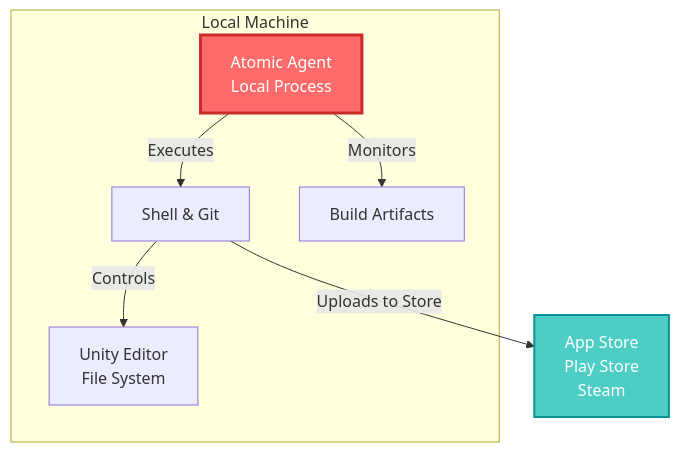
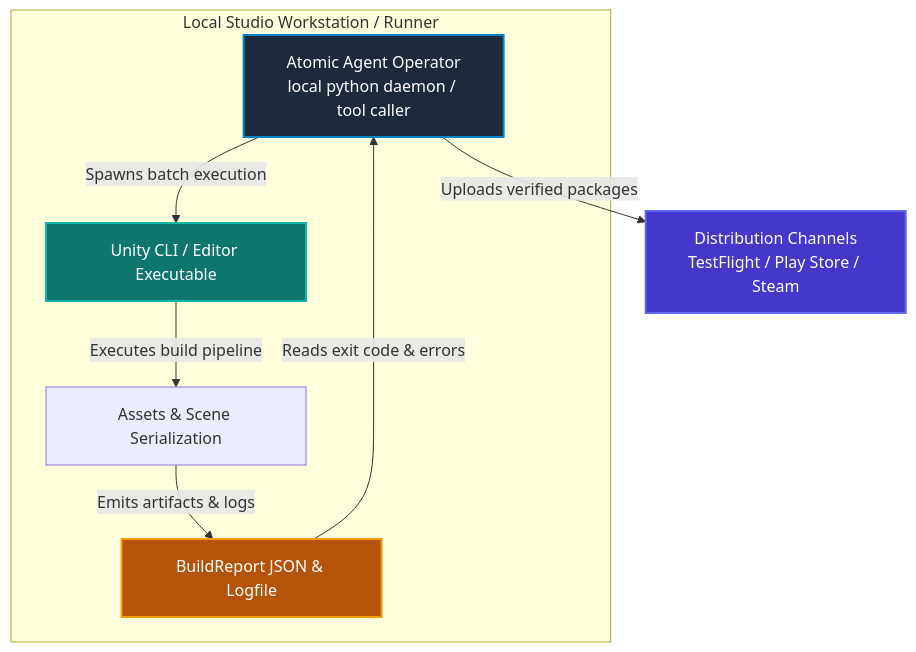
One commit to akillness/akillness.github.io changed the diagram in _posts/2026-08-16-unity-cli-atomic-agent.md. Above: the diagram before and after it, drawn with Mermaid. The commit also changed other lines of this file and 1 other file, not shown here.

Commit message:
archive(dev): rebuild unity-cli-atomic-agent from 2026-08 note

````diff
--- a/_posts/2026-08-16-unity-cli-atomic-agent.md
+++ b/_posts/2026-08-16-unity-cli-atomic-agent.md
@@ -59,17 +27,15 @@
 ```mermaid
 graph TB
-    subgraph "Local Machine"
-        A[Atomic Agent<br/>Local Process]
-        B[Shell & Git]
-        C[Unity Editor<br/>File System]
-        D[Build Artifacts]
+    subgraph Local Studio Workstation / Runner
+        A[Atomic Agent Operator<br/>local python daemon / tool caller] -->|Spawns batch execution| B[Unity CLI / Editor Executable]
+        B -->|Executes build pipeline| C[Assets & Scene Serialization]
+        C -->|Emits artifacts & logs| D[BuildReport JSON & Logfile]
+        D -->|Reads exit code & errors| A
     end
-    
-    A -->|Executes| B
-    B -->|Controls| C
-    A -->|Monitors| D
-    B -->|Uploads to Store| E[App Store<br/>Play Store<br/>Steam]
-    
-    style A fill:#ff6b6b,stroke:#c92a2a,stroke-width:3px,color:#fff
-    style E fill:#4ecdc4,stroke:#0a9396,stroke-width:2px,color:#fff
+    A -->|Uploads verified packages| E[Distribution Channels<br/>TestFlight / Play Store / Steam]
+
+    style A fill:#1e293b,stroke:#0284c7,stroke-width:2px,color:#fff
+    style B fill:#0f766e,stroke:#14b8a6,stroke-width:2px,color:#fff
+    style D fill:#b45309,stroke:#f59e0b,stroke-width:2px,color:#fff
+    style E fill:#4338ca,stroke:#6366f1,stroke-width:2px,color:#fff
 ```
````
